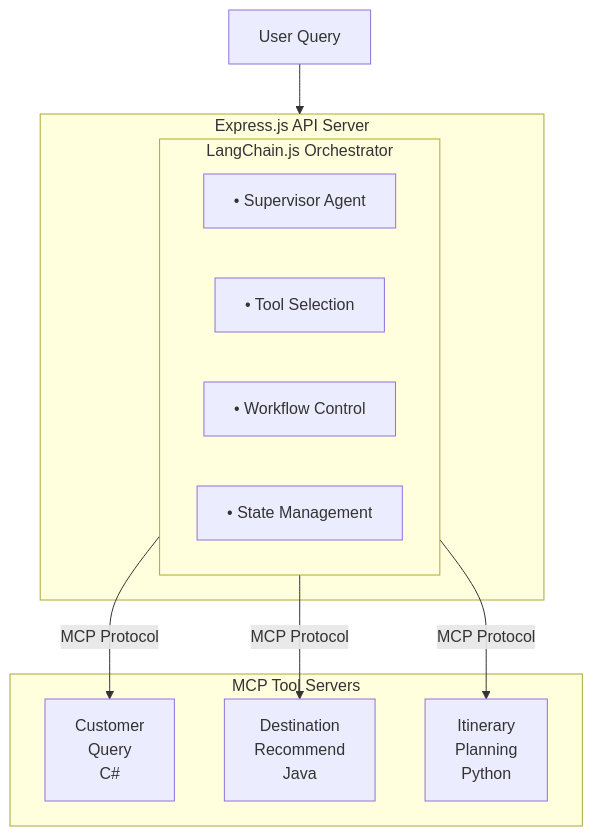
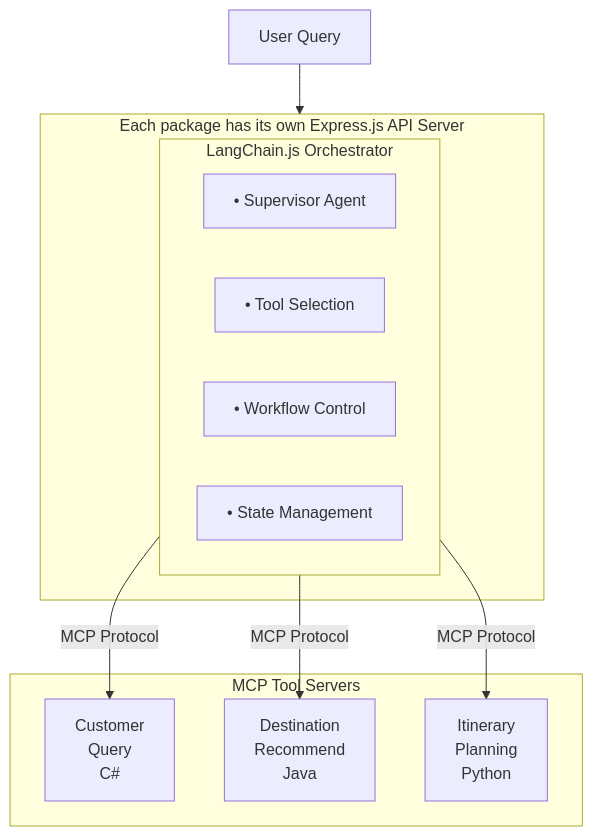
The first of 4 diagrams in docs/orchestration.md (Azure-Samples/azure-ai-travel-agents), drawn with Mermaid before and after one commit. The commit also changed other lines of this file and 471 other files, not shown here.

````diff
--- a/docs/orchestration.md
+++ b/docs/orchestration.md
@@ -29,24 +29,24 @@
 ```mermaid
 flowchart TB
     UQ[User Query]
     
-    subgraph API[Express.js API Server]
+    subgraph API[Each package has its own Express.js API Server]
         subgraph ORCH[LangChain.js Orchestrator]
             SV[• Supervisor Agent]
             TS[• Tool Selection]
             WC[• Workflow Control]
             ST[• State Management]
         end
     end
     
     subgraph MCP[MCP Tool Servers]
         CQ[Customer<br/>Query<br/>C#]
         DR[Destination<br/>Recommend<br/>Java]
         IP[Itinerary<br/>Planning<br/>Python]
     end
     
     UQ --> API
     ORCH -->|MCP Protocol| CQ
     ORCH -->|MCP Protocol| DR
     ORCH -->|MCP Protocol| IP
 ```
````
